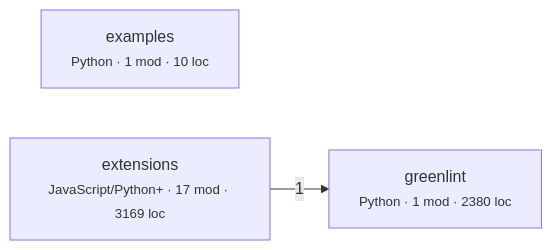
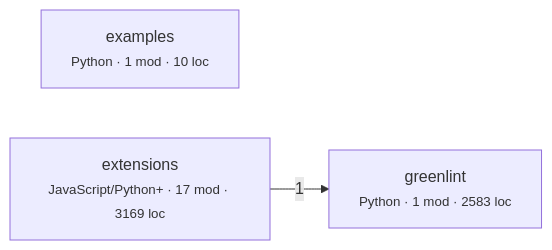
Before and after one commit to fabiocicerchia/greenlint: the first of 3 diagrams in ARCHITECTURE.md, drawn with Mermaid. The commit also changed other lines of this file, not shown here.

First line of the commit message:
docs(DOCS): regenerate the architecture map after the merge

````diff
--- a/ARCHITECTURE.md
+++ b/ARCHITECTURE.md
@@ -276,7 +277,7 @@
 ```mermaid
 graph LR
   examples["examples<br/><small>Python · 1 mod · 10 loc</small>"]
   extensions["extensions<br/><small>JavaScript/Python+ · 17 mod · 3169 loc</small>"]
-  greenlint["greenlint<br/><small>Python · 1 mod · 2380 loc</small>"]
+  greenlint["greenlint<br/><small>Python · 1 mod · 2583 loc</small>"]
   extensions -->|1| greenlint
 ```
````
